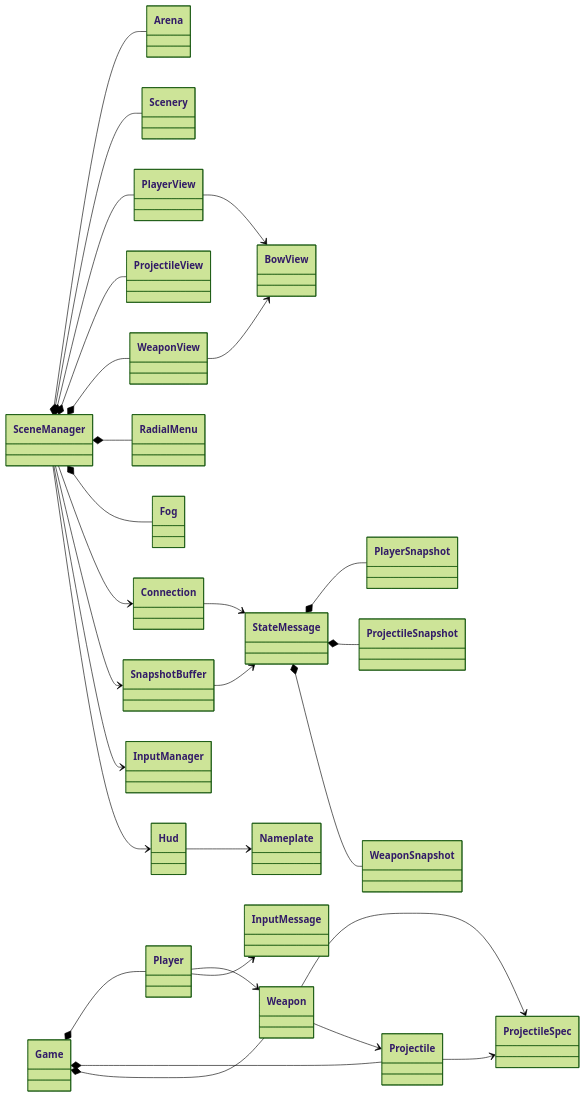
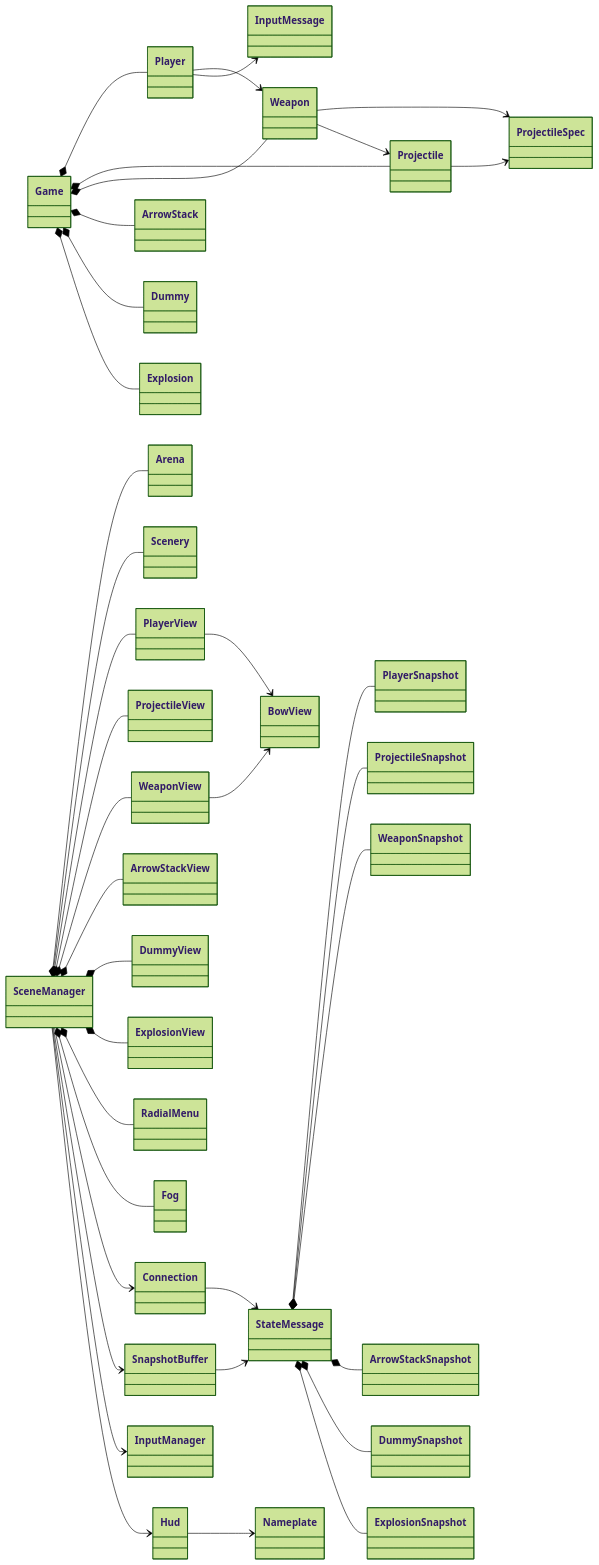
One commit to gabe-crafting/bowcraft changed the first of 4 diagrams in docs/class-map.md. Above: the diagram before and after it, drawn with Mermaid (forest theme). The commit also changed other lines of this file and 31 other files, not shown here.

````diff
--- a/docs/class-map.md
+++ b/docs/class-map.md
@@ -11,31 +11,40 @@
 ```mermaid
 classDiagram
   direction LR
   Game *-- Player
   Game *-- Projectile
   Game *-- Weapon
+  Game *-- ArrowStack
+  Game *-- Dummy
+  Game *-- Explosion
   Player --> Weapon
   Player --> InputMessage
   Weapon --> ProjectileSpec
   Weapon --> Projectile
   Projectile --> ProjectileSpec
   SceneManager *-- Arena
   SceneManager *-- Scenery
   SceneManager *-- PlayerView
   SceneManager *-- ProjectileView
   SceneManager *-- WeaponView
+  SceneManager *-- ArrowStackView
+  SceneManager *-- DummyView
+  SceneManager *-- ExplosionView
   SceneManager *-- RadialMenu
   SceneManager *-- Fog
   PlayerView --> BowView
   WeaponView --> BowView
   SceneManager --> Connection
   SceneManager --> SnapshotBuffer
   SceneManager --> InputManager
   SceneManager --> Hud
   Connection --> StateMessage
   SnapshotBuffer --> StateMessage
   StateMessage *-- PlayerSnapshot
   StateMessage *-- ProjectileSnapshot
   StateMessage *-- WeaponSnapshot
+  StateMessage *-- ArrowStackSnapshot
+  StateMessage *-- DummySnapshot
+  StateMessage *-- ExplosionSnapshot
   Hud --> Nameplate
 ```
````
